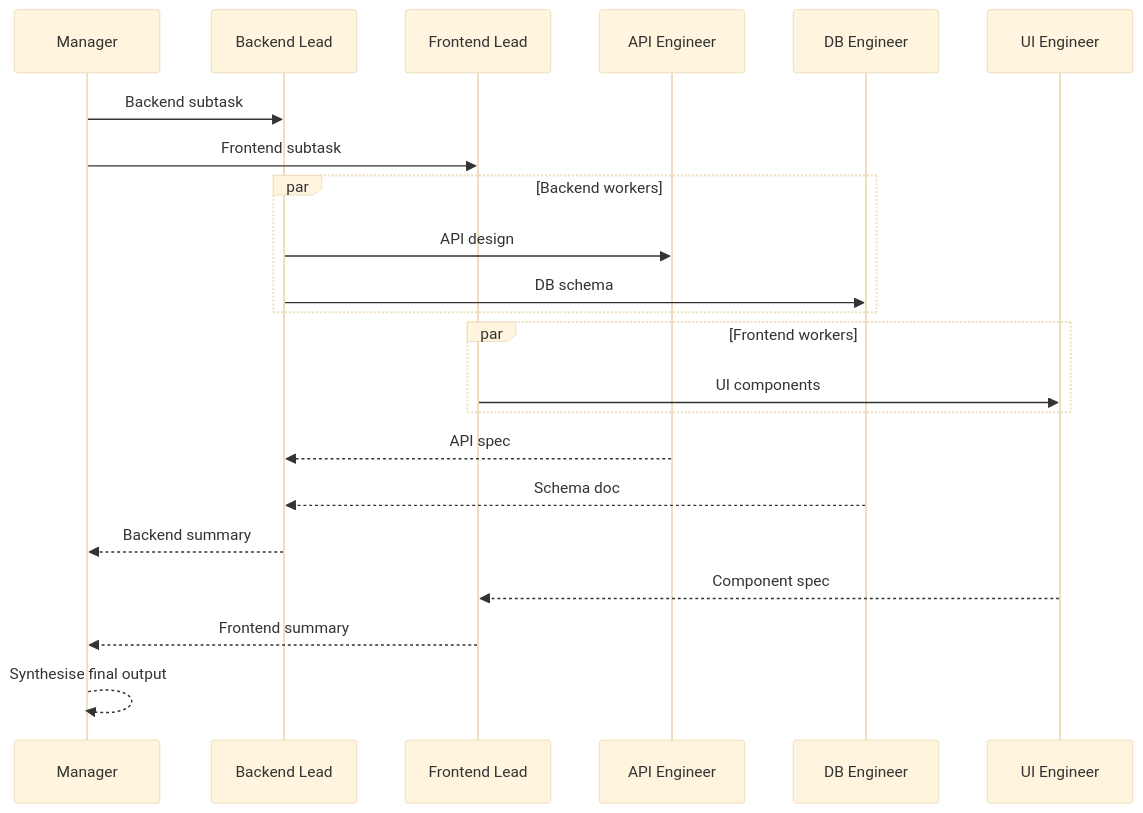
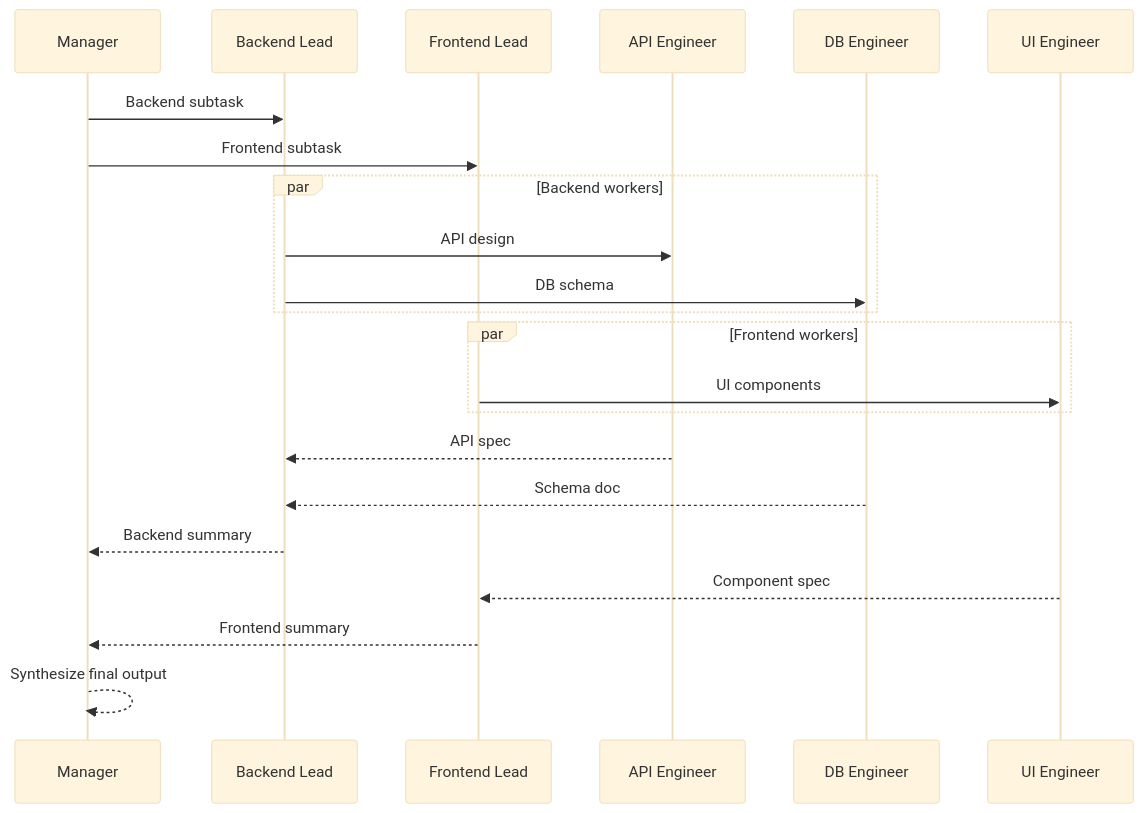
One commit to pyagent-core/pyagent changed the diagram in docs/packages/patterns/orchestration/hierarchical.md. Above: the diagram before and after it, drawn with Mermaid (base theme). The commit also changed other lines of this file and 135 other files, not shown here.

````diff
--- a/docs/packages/patterns/orchestration/hierarchical.md
+++ b/docs/packages/patterns/orchestration/hierarchical.md
@@ -12,25 +16,25 @@
 ```mermaid
 sequenceDiagram
     participant M as Manager
     participant BL as Backend Lead
     participant FL as Frontend Lead
     participant W1 as API Engineer
     participant W2 as DB Engineer
     participant W3 as UI Engineer
 
     M->>BL: Backend subtask
     M->>FL: Frontend subtask
     par Backend workers
         BL->>W1: API design
         BL->>W2: DB schema
     end
     par Frontend workers
         FL->>W3: UI components
     end
     W1-->>BL: API spec
     W2-->>BL: Schema doc
     BL-->>M: Backend summary
     W3-->>FL: Component spec
     FL-->>M: Frontend summary
-    M-->>M: Synthesise final output
+    M-->>M: Synthesize final output
 ```
````
